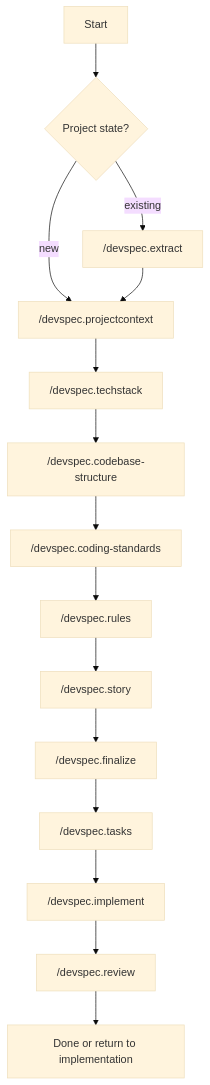
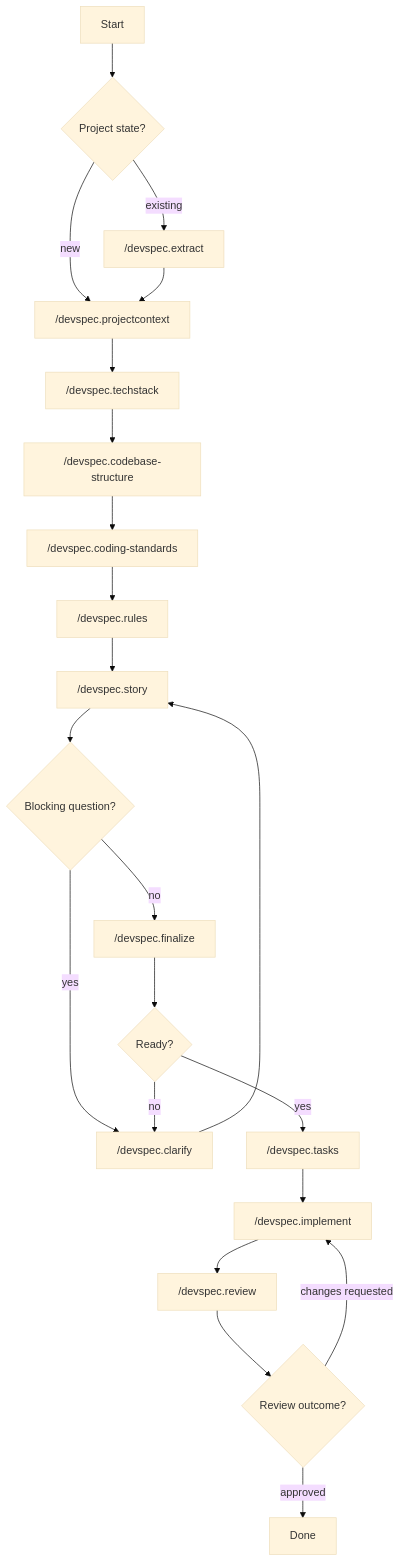
One commit to speclabs/devspec changed the diagram in README.md. Above: the diagram before and after it, drawn with Mermaid (base theme).

Commit message:
Enhance workflow diagram to include handling of blocking questions and review outcomes

````diff
--- a/README.md
+++ b/README.md
@@ -77,17 +77,24 @@
 ```mermaid
 flowchart TD
     Start["Start"] --> State{"Project state?"}
     State -- "new" --> ProjectContext["/devspec.projectcontext"]
     State -- "existing" --> Extract["/devspec.extract"]
     Extract --> ProjectContext
     ProjectContext --> TechStack["/devspec.techstack"]
     TechStack --> Structure["/devspec.codebase-structure"]
     Structure --> Standards["/devspec.coding-standards"]
     Standards --> Rules["/devspec.rules"]
     Rules --> Story["/devspec.story"]
-    Story --> Finalize["/devspec.finalize"]
-    Finalize --> Tasks["/devspec.tasks"]
+    Story --> Blocked{"Blocking question?"}
+    Blocked -- "yes" --> Clarify["/devspec.clarify"]
+    Clarify --> Story
+    Blocked -- "no" --> Finalize["/devspec.finalize"]
+    Finalize --> Ready{"Ready?"}
+    Ready -- "no" --> Clarify
+    Ready -- "yes" --> Tasks["/devspec.tasks"]
     Tasks --> Implement["/devspec.implement"]
     Implement --> Review["/devspec.review"]
-    Review --> Done["Done or return to implementation"]
+    Review --> Outcome{"Review outcome?"}
+    Outcome -- "changes requested" --> Implement
+    Outcome -- "approved" --> Done["Done"]
 ```
````
